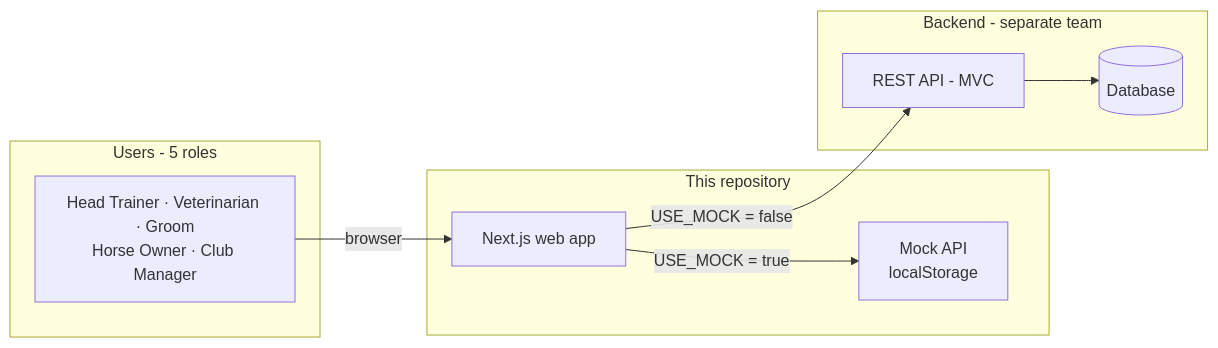
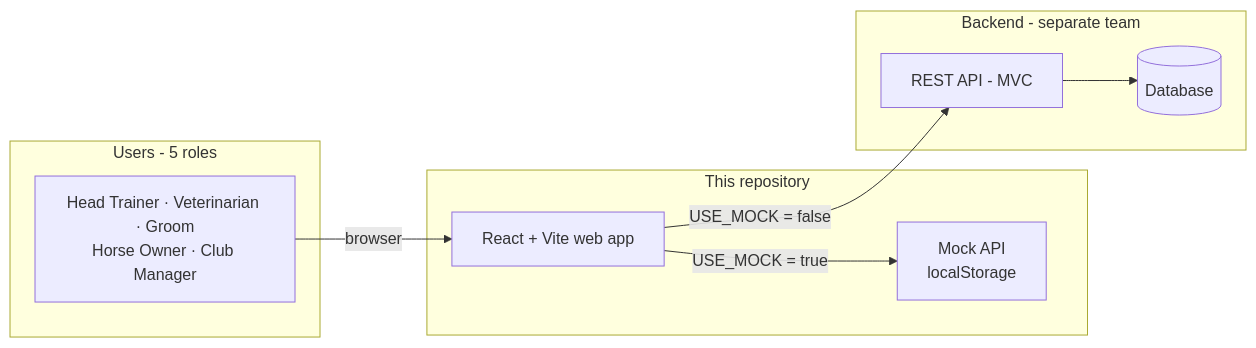
Before and after one commit to MinhMQ1711/Horse-Training-Club: the first of 2 diagrams in README.md, drawn with Mermaid. The commit also changed other lines of this file, not shown here.

First line of the commit message:
docs(readme): describe Vite + React Router setup

````diff
--- a/README.md
+++ b/README.md
@@ -69,21 +69,21 @@
 ```mermaid
 flowchart LR
   subgraph USERS["Users - 5 roles"]
     U["Head Trainer · Veterinarian · Groom<br/>Horse Owner · Club Manager"]
   end
 
   subgraph FE["This repository"]
-    NEXT["Next.js web app"]
+    NEXT["React + Vite web app"]
     MOCK["Mock API<br/>localStorage"]
   end
 
   subgraph BE["Backend - separate team"]
     API["REST API - MVC"]
     DB[("Database")]
   end
 
   U -->|browser| NEXT
   NEXT -->|"USE_MOCK = true"| MOCK
   NEXT -->|"USE_MOCK = false"| API
   API --> DB
 ```
````
